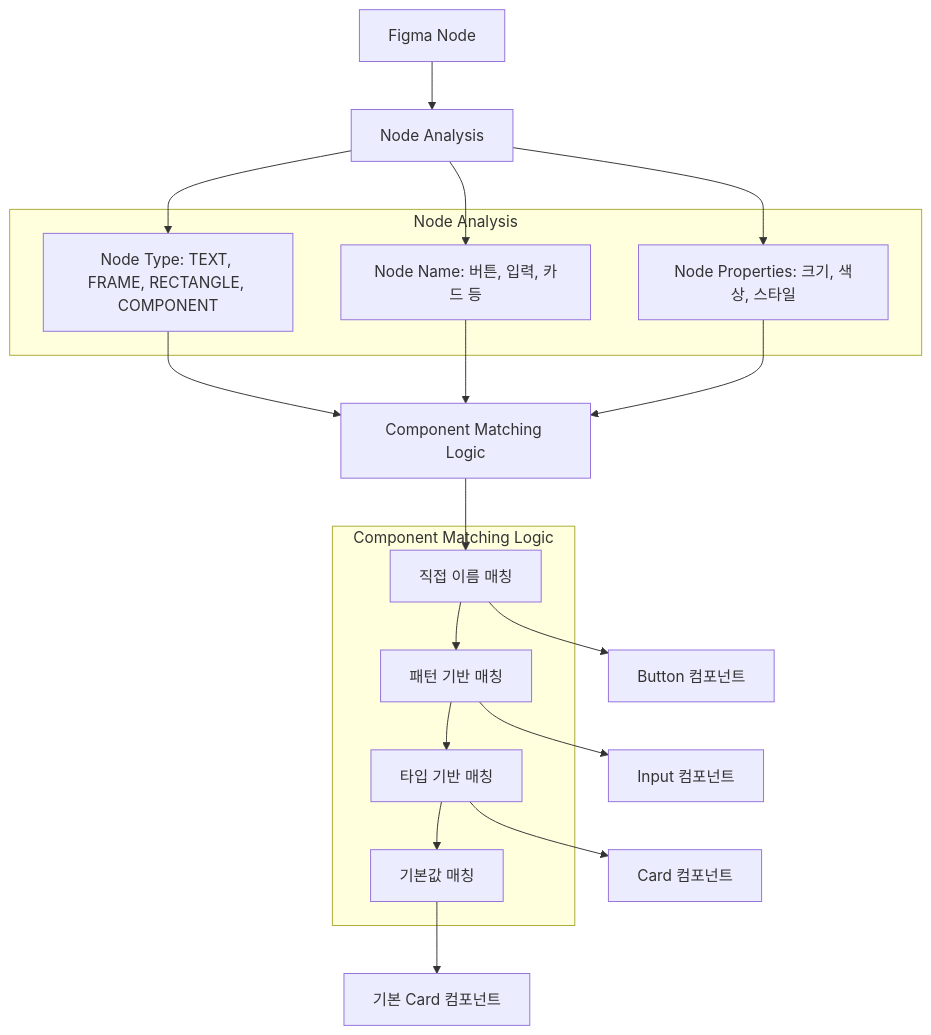
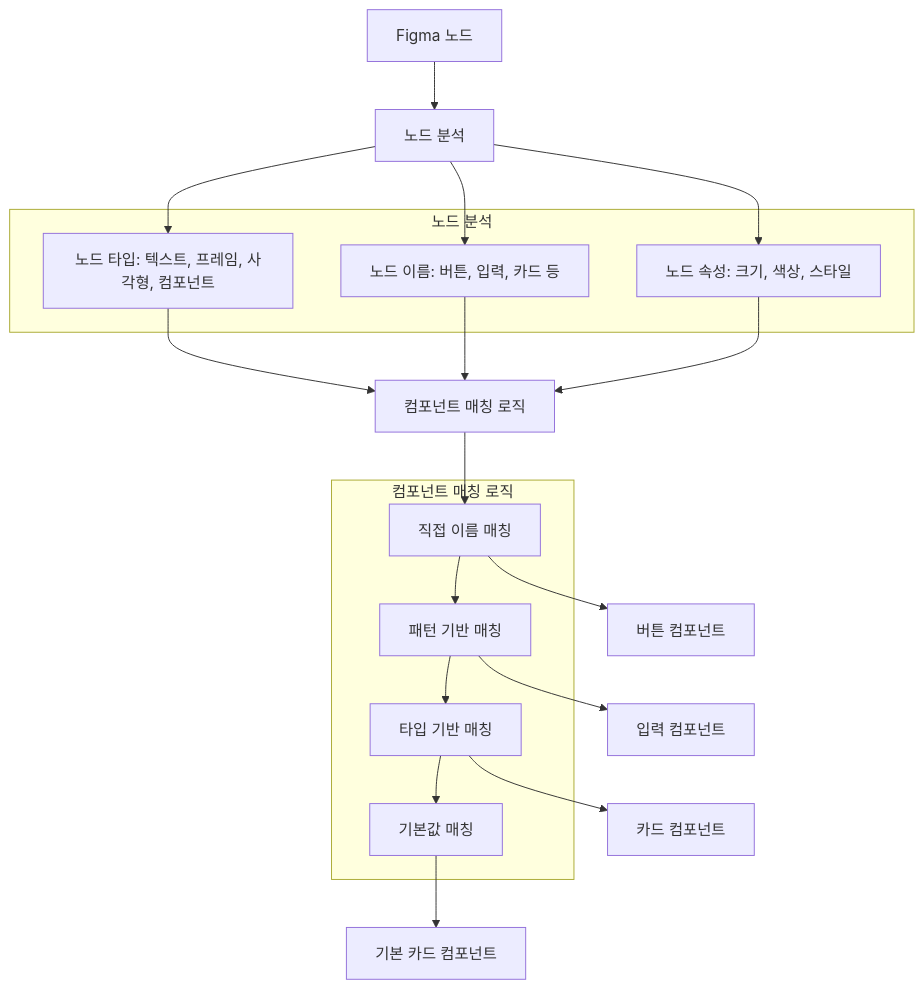
One commit to Opti-kjh/palette changed the fourth of 8 diagrams in project-flow-diagram.md. Above: the diagram before and after it, drawn with Mermaid. The commit also changed other lines of this file and 2 other files, not shown here.

Commit message:
project-flow-diagram 주석 설치

````diff
--- a/project-flow-diagram.md
+++ b/project-flow-diagram.md
@@ -117,35 +117,35 @@
 ```mermaid
 graph TD
-    A[Figma Node] --> B[Node Analysis]
+    A[Figma 노드] --> B[노드 분석]
     
-    subgraph "Node Analysis"
-        B1[Node Type: TEXT, FRAME, RECTANGLE, COMPONENT]
-        B2[Node Name: 버튼, 입력, 카드 등]
-        B3[Node Properties: 크기, 색상, 스타일]
+    subgraph "노드 분석"
+        B1[노드 타입: 텍스트, 프레임, 사각형, 컴포넌트]
+        B2[노드 이름: 버튼, 입력, 카드 등]
+        B3[노드 속성: 크기, 색상, 스타일]
     end
     
     B --> B1
     B --> B2
     B --> B3
     
-    B1 --> C[Component Matching Logic]
+    B1 --> C[컴포넌트 매칭 로직]
     B2 --> C
     B3 --> C
     
-    subgraph "Component Matching Logic"
+    subgraph "컴포넌트 매칭 로직"
         C1[직접 이름 매칭]
         C2[패턴 기반 매칭]
         C3[타입 기반 매칭]
         C4[기본값 매칭]
     end
     
     C --> C1
     C1 --> C2
     C2 --> C3
     C3 --> C4
     
-    C1 --> D[Button 컴포넌트]
-    C2 --> E[Input 컴포넌트]
-    C3 --> F[Card 컴포넌트]
-    C4 --> G[기본 Card 컴포넌트]
+    C1 --> D[버튼 컴포넌트]
+    C2 --> E[입력 컴포넌트]
+    C3 --> F[카드 컴포넌트]
+    C4 --> G[기본 카드 컴포넌트]
 ```
````
